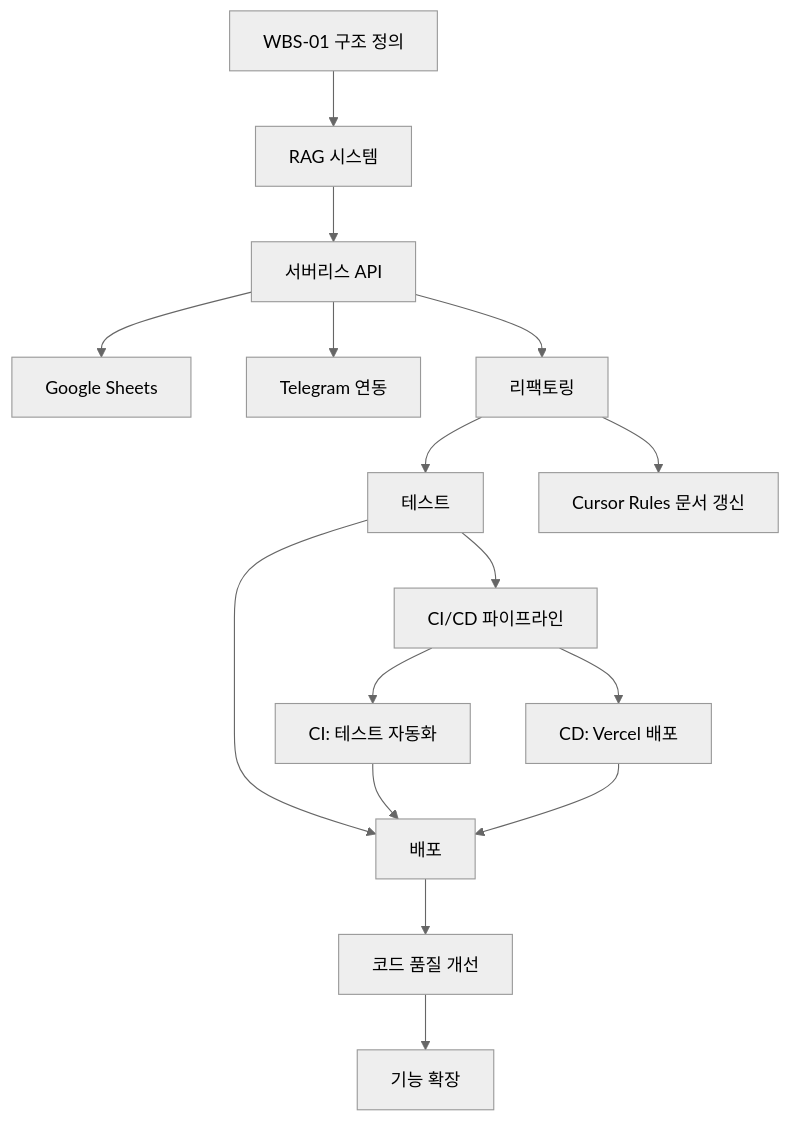
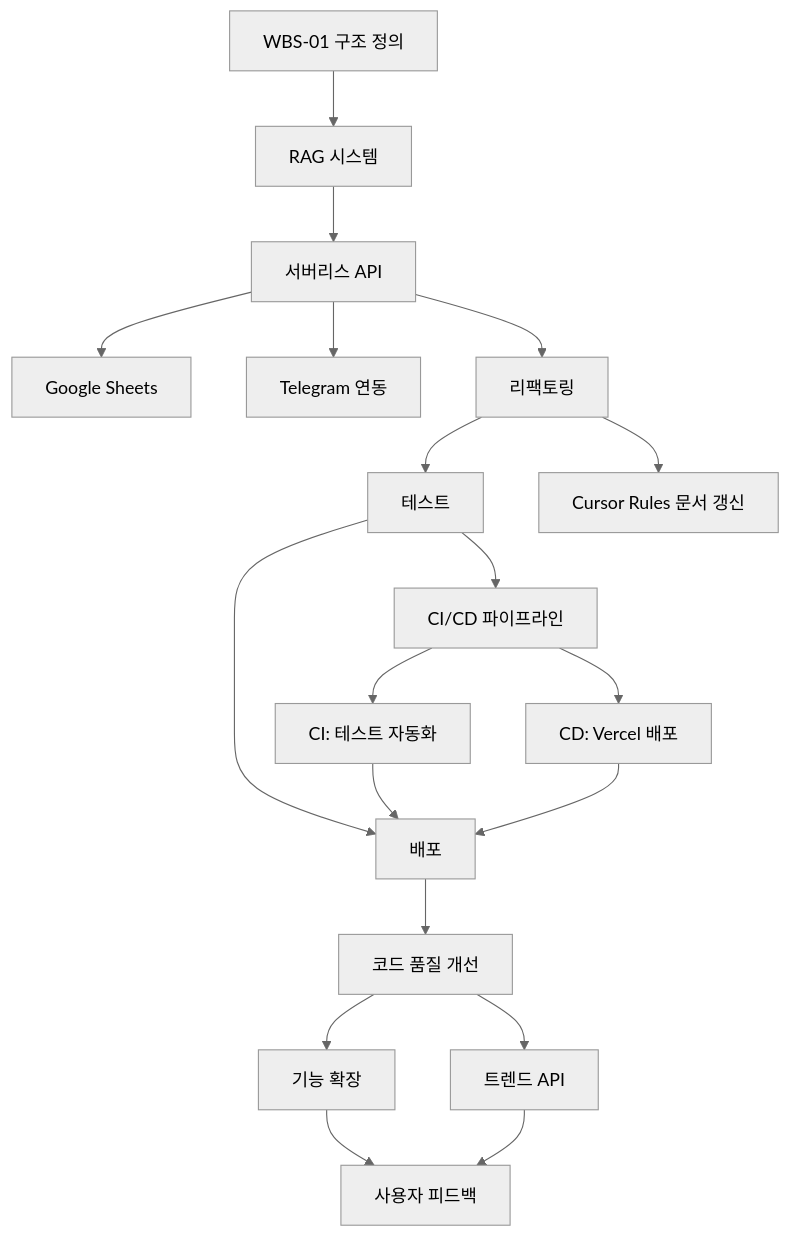
One commit to bzjay53/keywordpulse changed the diagram in Docs/libwys_Keywordpulse Wbs Plan.md. Above: the diagram before and after it, drawn with Mermaid (neutral theme). The commit also changed other lines of this file, not shown here.

Commit message:
문서 업데이트: WBS 및 API 문서에 트렌드 API 정보 추가

````diff
--- a/Docs/libwys_Keywordpulse Wbs Plan.md
+++ b/Docs/libwys_Keywordpulse Wbs Plan.md
@@ -38,16 +39,19 @@
 ```mermaid
 graph TD
   A[WBS-01 구조 정의] --> B[RAG 시스템]
   B --> C[서버리스 API]
   C --> D1[Google Sheets]
   C --> D2[Telegram 연동]
   C --> E[리팩토링] --> F[테스트] --> G[배포]
   E --> H[Cursor Rules 문서 갱신]
   F --> I[CI/CD 파이프라인]
   I --> I1[CI: 테스트 자동화]
   I --> I2[CD: Vercel 배포]
   I1 --> G
   I2 --> G
   G --> J[코드 품질 개선]
   J --> K[기능 확장]
+  J --> L[트렌드 API]
+  K --> M[사용자 피드백]
+  L --> M
 ```
````
